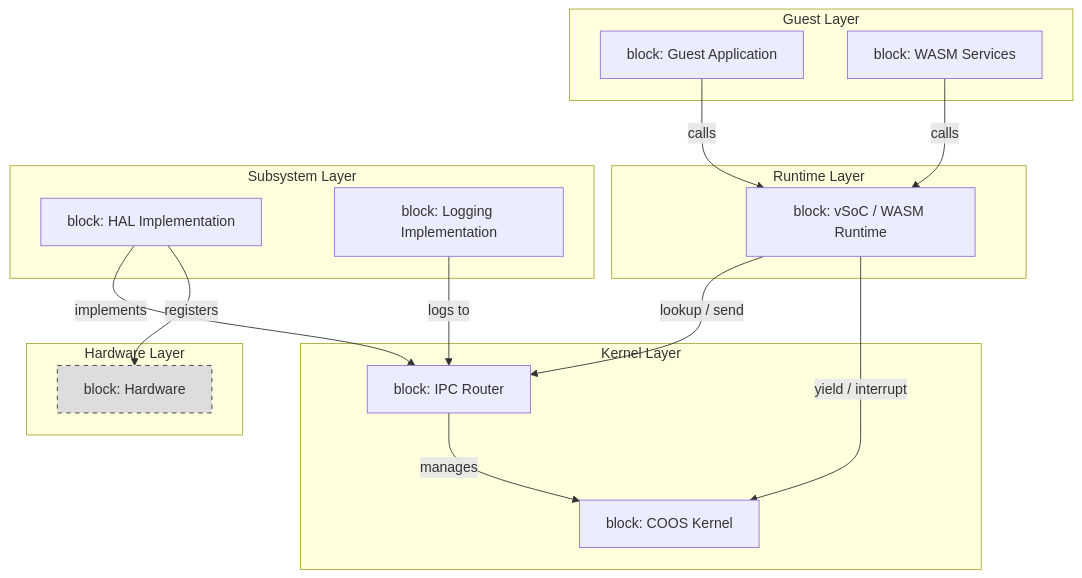
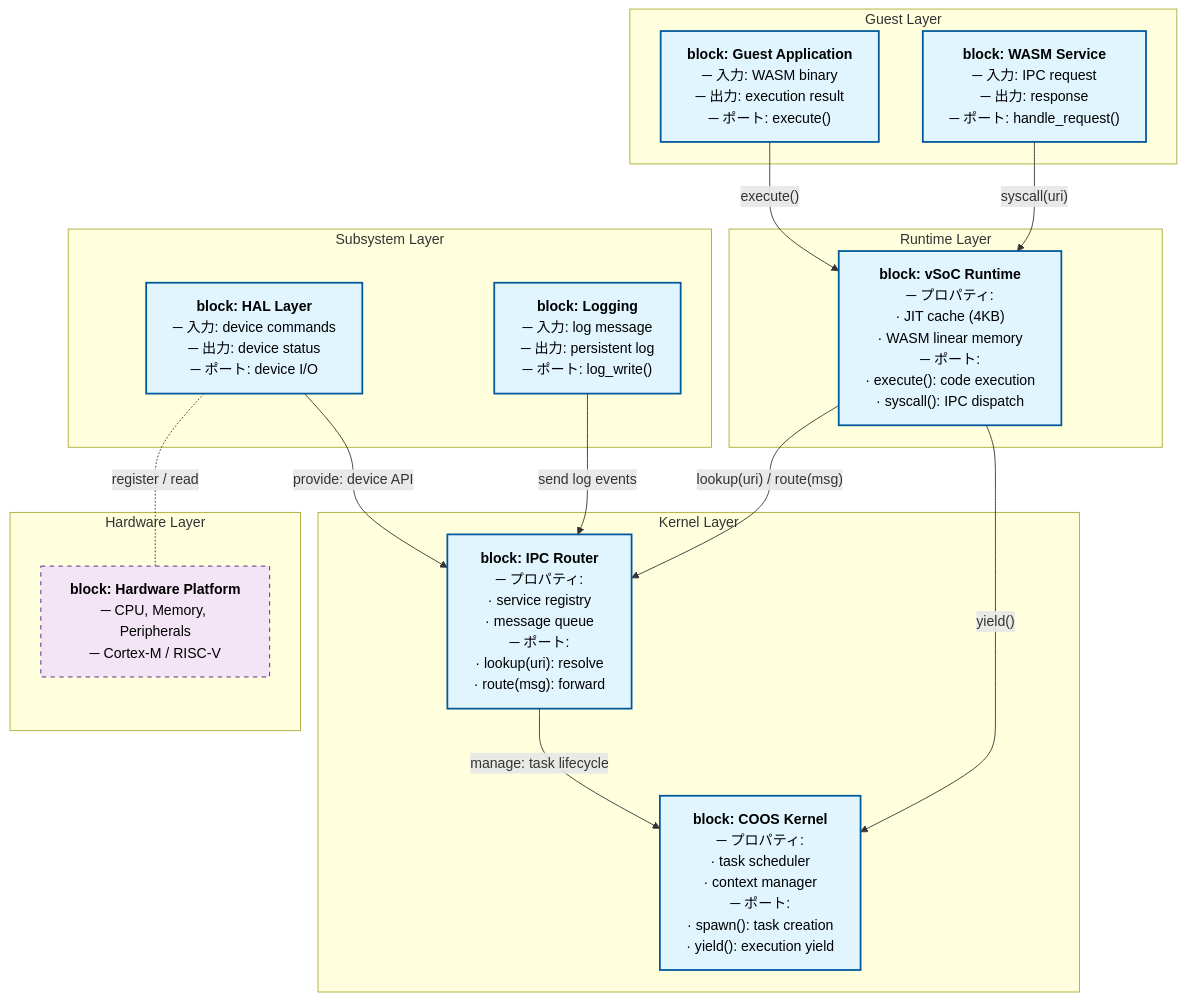
One commit to kmt-t/fireball changed the first of 3 diagrams in docs/architecture/architecture_overview.md. Above: the diagram before and after it, drawn with Mermaid. The commit also changed other lines of this file and 13 other files, not shown here.

````diff
--- a/docs/architecture/architecture_overview.md
+++ b/docs/architecture/architecture_overview.md
@@ -33,39 +33,41 @@
 ```mermaid
 graph TD
-    classDef subsystem fill:#f9f,stroke:#333,stroke-width:2px;
-    classDef kernel fill:#bbf,stroke:#333,stroke-width:2px;
-    classDef hardware fill:#ddd,stroke:#333,stroke-width:1px,stroke-dasharray: 5 5;
+    classDef blockStyle fill:#e1f5ff,stroke:#01579b,stroke-width:2px,color:#000;
+    classDef hwStyle fill:#f3e5f5,stroke:#4a148c,stroke-width:1px,stroke-dasharray: 5 5,color:#000;
 
-    subgraph Guest_Layer [Guest Layer]
-        App["block: Guest Application"]
-        Svc["block: WASM Services"]
+    subgraph Guest["Guest Layer"]
+        App["<b>block: Guest Application</b><br/>─ 入力: WASM binary<br/>─ 出力: execution result<br/>─ ポート: execute()"]:::blockStyle
+        Svc["<b>block: WASM Service</b><br/>─ 入力: IPC request<br/>─ 出力: response<br/>─ ポート: handle_request()"]:::blockStyle
     end
 
-    subgraph Runtime_Layer [Runtime Layer]
-        vSoC["block: vSoC / WASM Runtime"]
+    subgraph Runtime["Runtime Layer"]
+        vSoC["<b>block: vSoC Runtime</b><br/>─ プロパティ:<br/>  · JIT cache (4KB)<br/>  · WASM linear memory<br/>─ ポート:<br/>  · execute(): code execution<br/>  · syscall(): IPC dispatch"]:::blockStyle
     end
 
-    subgraph Kernel_Layer [Kernel Layer]
-        COOS["block: COOS Kernel"]
-        IPCR["block: IPC Router"]
+    subgraph Kernel["Kernel Layer"]
+        COOS["<b>block: COOS Kernel</b><br/>─ プロパティ:<br/>  · task scheduler<br/>  · context manager<br/>─ ポート:<br/>  · spawn(): task creation<br/>  · yield(): execution yield"]:::blockStyle
+        IPCR["<b>block: IPC Router</b><br/>─ プロパティ:<br/>  · service registry<br/>  · message queue<br/>─ ポート:<br/>  · lookup(uri): resolve<br/>  · route(msg): forward"]:::blockStyle
     end
 
-    subgraph Subsystem_Layer [Subsystem Layer]
-        HAL["block: HAL Implementation"]
-        Log["block: Logging Implementation"]
+    subgraph Subsystem["Subsystem Layer"]
+        HAL["<b>block: HAL Layer</b><br/>─ 入力: device commands<br/>─ 出力: device status<br/>─ ポート: device I/O"]:::blockStyle
+        Log["<b>block: Logging</b><br/>─ 入力: log message<br/>─ 出力: persistent log<br/>─ ポート: log_write()"]:::blockStyle
     end
 
-    subgraph Hardware_Layer [Hardware Layer]
-        HW["block: Hardware"]:::hardware
+    subgraph Hardware["Hardware Layer"]
+        HW["<b>block: Hardware Platform</b><br/>─ CPU, Memory, Peripherals<br/>─ Cortex-M / RISC-V"]:::hwStyle
     end
 
-    %% 依存性・接続
-    App -- "calls" --> vSoC
-    Svc -- "calls" --> vSoC
-    vSoC -- "lookup / send" --> IPCR
-    vSoC -- "yield / interrupt" --> COOS
-    IPCR -- "manages" --> COOS
-    HAL -- "implements" --> IPCR
-    Log -- "logs to" --> IPCR
-    HAL -- "registers" --> HW
+    %% 依存関係 (上から下へ)
+    App -->|"execute()"| vSoC
+    Svc -->|"syscall(uri)"| vSoC
+    
+    vSoC -->|"yield()"| COOS
+    vSoC -->|"lookup(uri) / route(msg)"| IPCR
+    
+    IPCR -->|"manage: task lifecycle"| COOS
+    HAL -->|"provide: device API"| IPCR
+    Log -->|"send log events"| IPCR
+    
+    HAL -.-|"register / read"| HW
 ```
````
